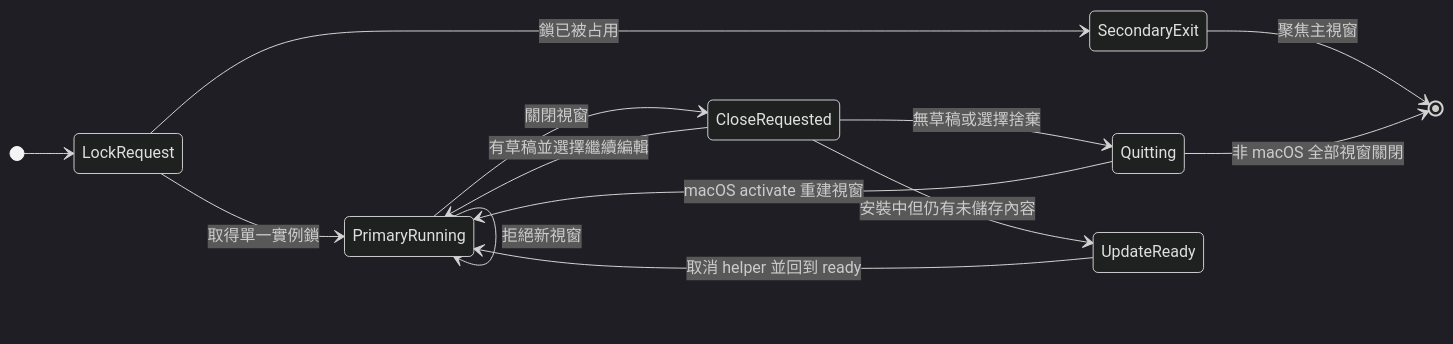
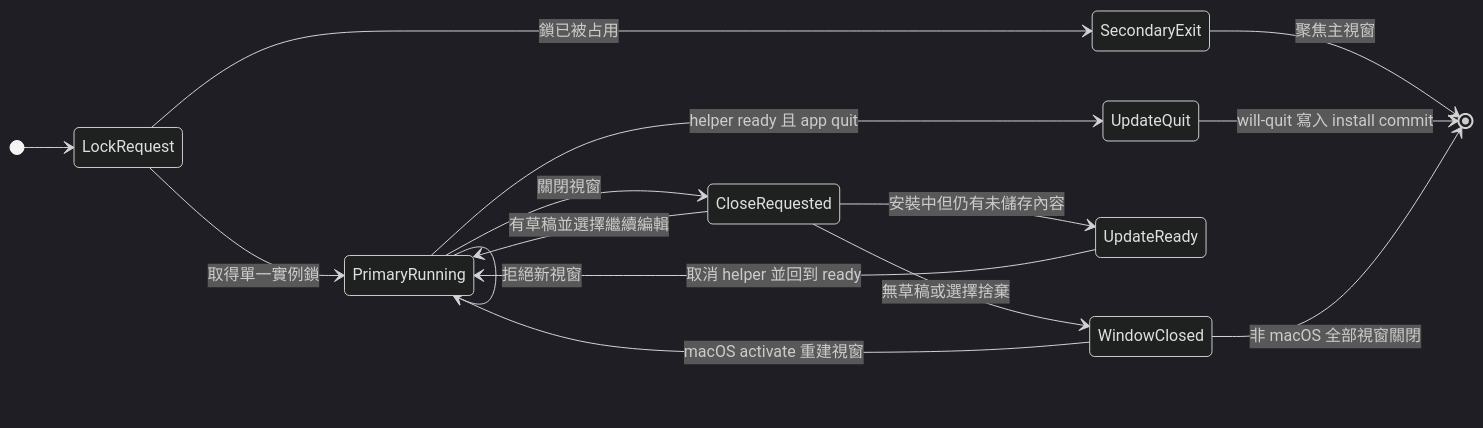
Before and after one commit to Ansenchen123/factory-manager-portable: diagram 15 of 15 in docs/state-machine.md, drawn with Mermaid (dark theme). The commit also changed other lines of this file, not shown here.

````diff
--- a/docs/state-machine.md
+++ b/docs/state-machine.md
@@ -395,18 +520,20 @@
 ```mermaid
 stateDiagram-v2
     direction LR
 
     [*] --> LockRequest
     LockRequest --> PrimaryRunning: 取得單一實例鎖
     LockRequest --> SecondaryExit: 鎖已被占用
     SecondaryExit --> [*]: 聚焦主視窗
     PrimaryRunning --> PrimaryRunning: 阻擋頁面導覽
     PrimaryRunning --> PrimaryRunning: 拒絕新視窗
     PrimaryRunning --> CloseRequested: 關閉視窗
     CloseRequested --> PrimaryRunning: 有草稿並選擇繼續編輯
-    CloseRequested --> Quitting: 無草稿或選擇捨棄
+    CloseRequested --> WindowClosed: 無草稿或選擇捨棄
     CloseRequested --> UpdateReady: 安裝中但仍有未儲存內容
     UpdateReady --> PrimaryRunning: 取消 helper 並回到 ready
-    Quitting --> PrimaryRunning: macOS activate 重建視窗
-    Quitting --> [*]: 非 macOS 全部視窗關閉
+    PrimaryRunning --> UpdateQuit: helper ready 且 app quit
+    UpdateQuit --> [*]: will-quit 寫入 install commit
+    WindowClosed --> PrimaryRunning: macOS activate 重建視窗
+    WindowClosed --> [*]: 非 macOS 全部視窗關閉
 ```
````
